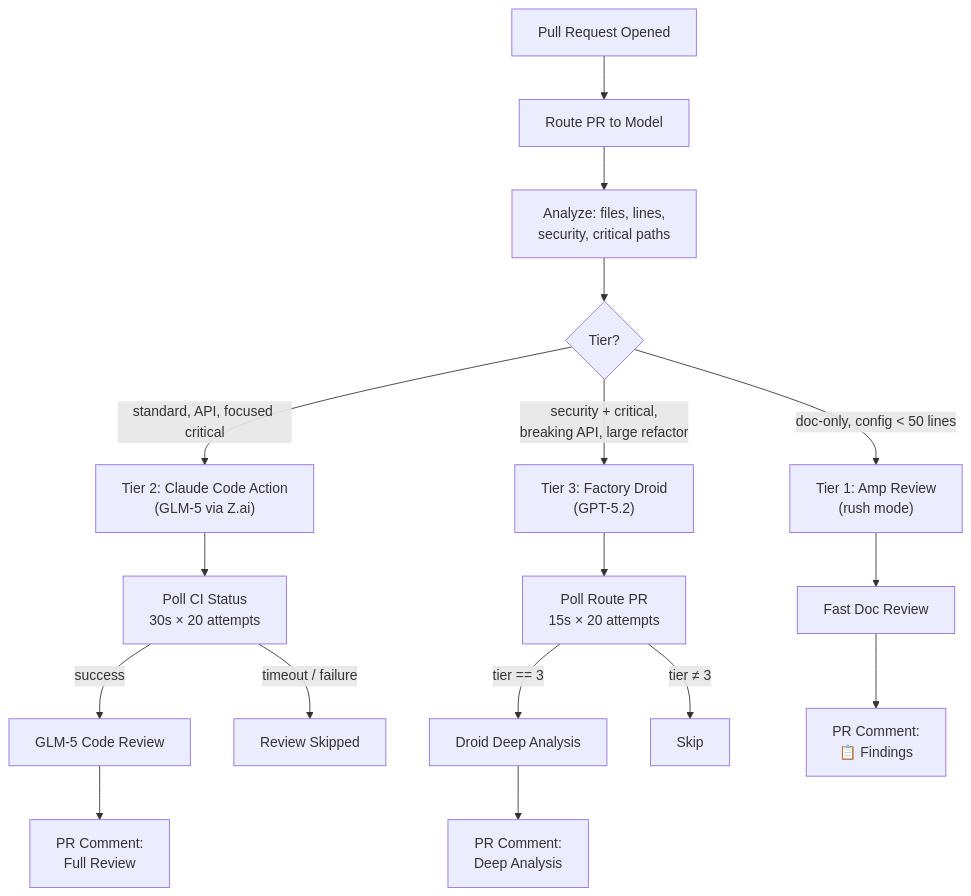
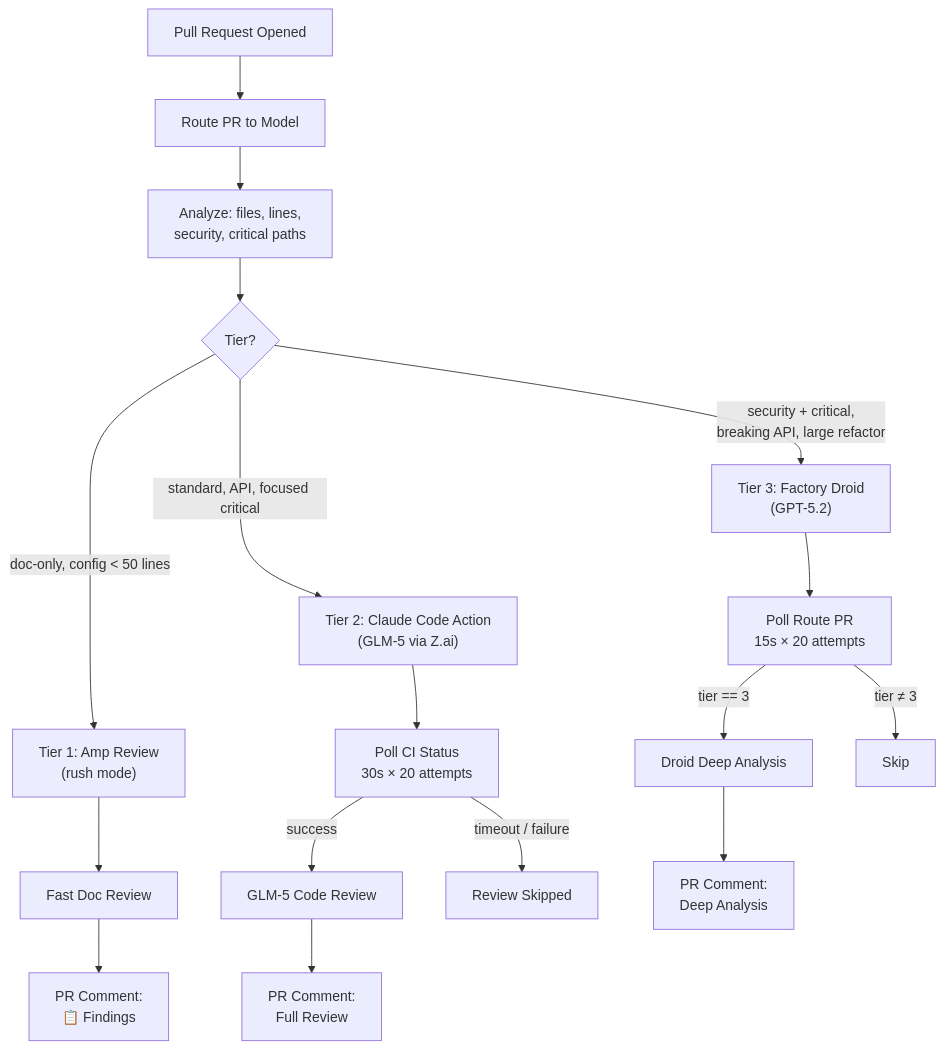
One commit to shrwnsan/research changed the first of 3 diagrams in _posts/2026-03-17-tiered-model-selection-in-practice.md. Above: the diagram before and after it, drawn with Mermaid.

Commit message:
fix(mermaid): restore invisible links for correct tier ordering (#27)
* fix(mermaid): reorder tier flow for correct left-to-right rendering

* fix(mermaid): restore invisible links for correct tier ordering

The invisible links (~~~) that force left-to-right rendering of
T1 → T2 → T3 were accidentally removed. This restores them with
the original cleaner structure from PR #22.

---------

````diff
--- a/_posts/2026-03-17-tiered-model-selection-in-practice.md
+++ b/_posts/2026-03-17-tiered-model-selection-in-practice.md
@@ -55,24 +55,28 @@
 ```mermaid
 flowchart TD
     PR["Pull Request Opened"] --> Route["Route PR to Model"]
     Route --> Analyze["Analyze: files, lines,<br/>security, critical paths"]
     Analyze --> Decision{"Tier?"}
 
     Decision -->|"doc-only, config < 50 lines"| T1["Tier 1: Amp Review<br/>(rush mode)"]
     Decision -->|"standard, API, focused critical"| T2["Tier 2: Claude Code Action<br/>(GLM-5 via Z.ai)"]
     Decision -->|"security + critical,<br/>breaking API, large refactor"| T3["Tier 3: Factory Droid<br/>(GPT-5.2)"]
 
+    %% Force left-to-right ordering with invisible links
+    T3 ~~~ T2
+    T2 ~~~ T1
+
+    T1 --> Review1["Fast Doc Review"]
     T2 --> PollCI["Poll CI Status<br/>30s × 20 attempts"]
+    T3 --> PollRoute["Poll Route PR<br/>15s × 20 attempts"]
+
     PollCI -->|success| Review2["GLM-5 Code Review"]
     PollCI -->|timeout / failure| Skip2["Review Skipped"]
 
-    T3 --> PollRoute["Poll Route PR<br/>15s × 20 attempts"]
     PollRoute -->|tier == 3| Review3["Droid Deep Analysis"]
     PollRoute -->|tier ≠ 3| Skip3["Skip"]
-
-    T1 --> Review1["Fast Doc Review"]
 
     Review1 --> Comment1["PR Comment:<br/>📋 Findings"]
     Review2 --> Comment2["PR Comment:<br/>Full Review"]
     Review3 --> Comment3["PR Comment:<br/>Deep Analysis"]
 ```
````
